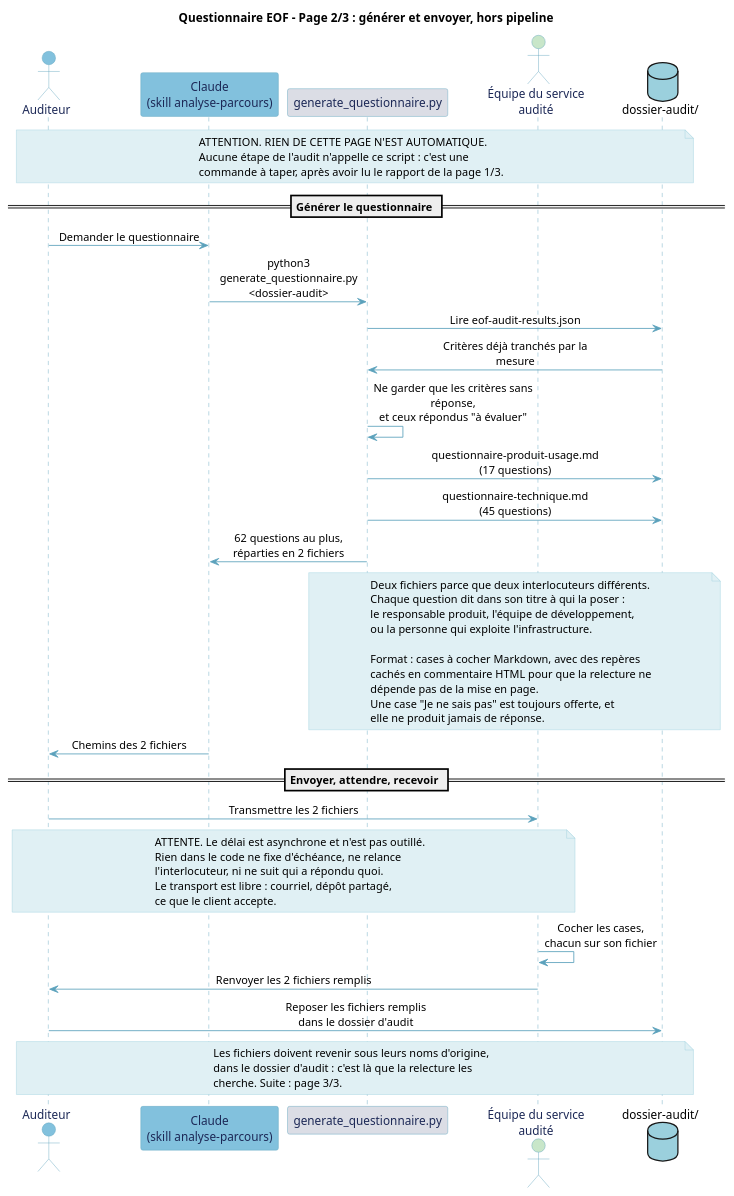
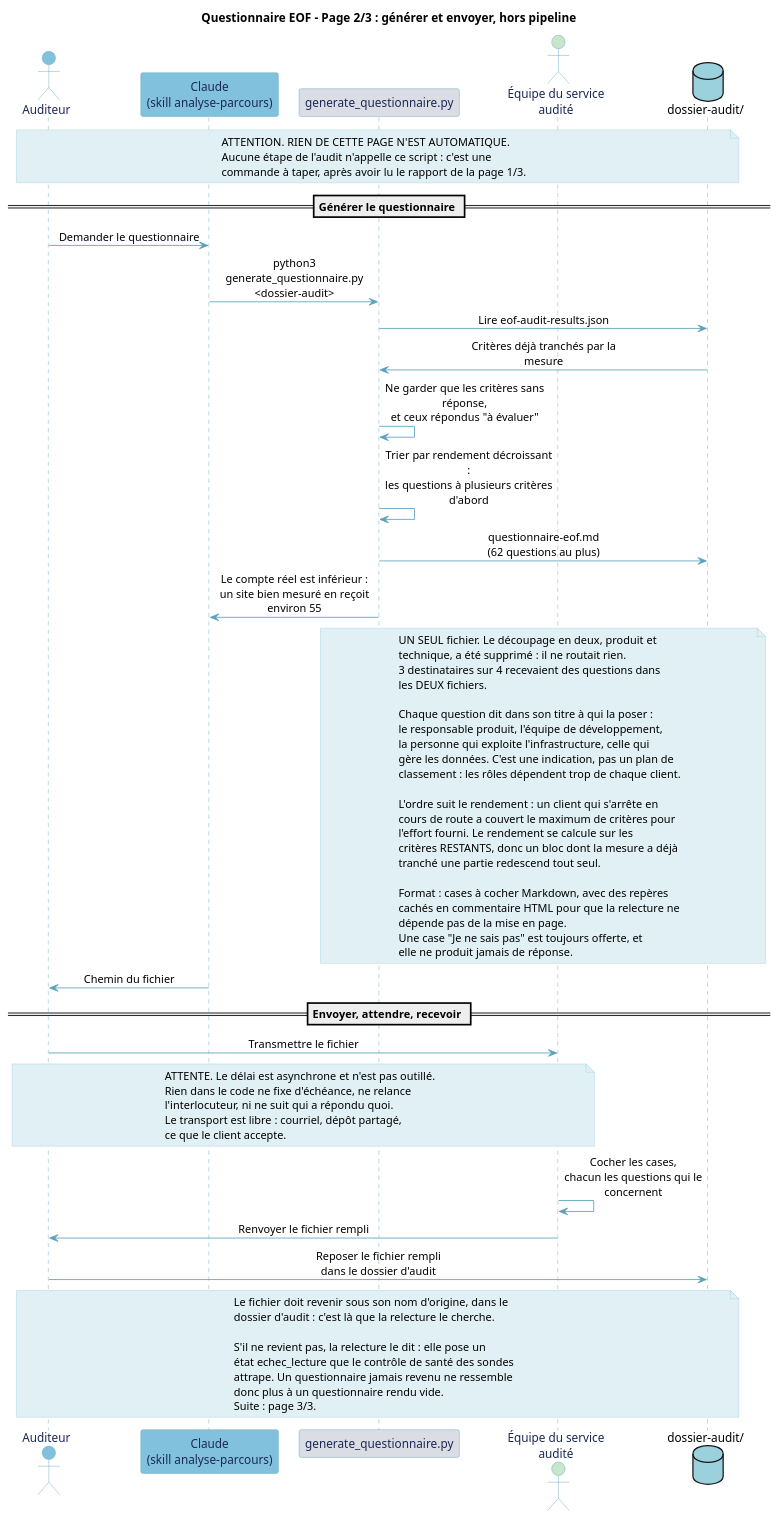
Before and after one commit to Boavizta/eroom: the diagram in documentation/diagrammes/eof-questionnaire-sequence-p2.puml, drawn with PlantUML. The commit also changed 4 other files, not shown here.

First line of the commit message:
docs(diagrammes): le circuit dessine ne parle plus de deux fichiers

```diff
--- a/documentation/diagrammes/eof-questionnaire-sequence-p2.puml
+++ b/documentation/diagrammes/eof-questionnaire-sequence-p2.puml
@@ -1,85 +1,102 @@
 @startuml eof-questionnaire-sequence-p2
 title Questionnaire EOF - Page 2/3 : générer et envoyer, hors pipeline
 
 skinparam backgroundColor #FFFFFF
 skinparam participant {
   BackgroundColor #E0F0F4
   BorderColor #5BA1BC
   FontColor #1C2856
 }
 skinparam actor {
   BackgroundColor #E0F0F4
   BorderColor #5BA1BC
   FontColor #1C2856
 }
 skinparam ArrowColor #5BA1BC
 skinparam SequenceLifeLineBorderColor #5BA1BC
 skinparam SequenceGroupBodyBackgroundColor #ECECF2
 skinparam SequenceGroupBorderColor #5BA1BC
 skinparam NoteBackgroundColor #E0F0F4
 skinparam NoteBorderColor #9BD0DD
 skinparam sequenceMessageAlign center
 skinparam maxMessageSize 200
 skinparam responseMessageBelowArrow true
 
 actor "Auditeur" as U #82C1DD
 participant "Claude\n(skill analyse-parcours)" as C #82C1DD
 participant "generate_questionnaire.py" as GQ #DBDDE5
 actor "Équipe du service\naudité" as I #C8E6C9
 database "dossier-audit/" as FS #9BD0DD
 
 note over U, FS
   ATTENTION. RIEN DE CETTE PAGE N'EST AUTOMATIQUE.
   Aucune étape de l'audit n'appelle ce script : c'est une
   commande à taper, après avoir lu le rapport de la page 1/3.
 end note
 
 == Générer le questionnaire ==
 
 U -> C : Demander le questionnaire
 C -> GQ : python3 generate_questionnaire.py <dossier-audit>
 GQ -> FS : Lire eof-audit-results.json
 FS -> GQ : Critères déjà tranchés par la mesure
 GQ -> GQ : Ne garder que les critères sans réponse,\net ceux répondus "à évaluer"
-GQ -> FS : questionnaire-produit-usage.md\n(17 questions)
-GQ -> FS : questionnaire-technique.md\n(45 questions)
-GQ -> C : 62 questions au plus,\nréparties en 2 fichiers
+GQ -> GQ : Trier par rendement décroissant :\nles questions à plusieurs critères d'abord
+GQ -> FS : questionnaire-eof.md\n(62 questions au plus)
+GQ -> C : Le compte réel est inférieur :\nun site bien mesuré en reçoit environ 55
 
 note over GQ, FS
-  Deux fichiers parce que deux interlocuteurs différents.
+  UN SEUL fichier. Le découpage en deux, produit et
+  technique, a été supprimé : il ne routait rien.
+  3 destinataires sur 4 recevaient des questions dans
+  les DEUX fichiers.
+
   Chaque question dit dans son titre à qui la poser :
   le responsable produit, l'équipe de développement,
-  ou la personne qui exploite l'infrastructure.
+  la personne qui exploite l'infrastructure, celle qui
+  gère les données. C'est une indication, pas un plan de
+  classement : les rôles dépendent trop de chaque client.
+
+  L'ordre suit le rendement : un client qui s'arrête en
+  cours de route a couvert le maximum de critères pour
+  l'effort fourni. Le rendement se calcule sur les
+  critères RESTANTS, donc un bloc dont la mesure a déjà
+  tranché une partie redescend tout seul.
 
   Format : cases à cocher Markdown, avec des repères
   cachés en commentaire HTML pour que la relecture ne
   dépende pas de la mise en page.
   Une case "Je ne sais pas" est toujours offerte, et
   elle ne produit jamais de réponse.
 end note
 
-C -> U : Chemins des 2 fichiers
+C -> U : Chemin du fichier
 
 == Envoyer, attendre, recevoir ==
 
-U -> I : Transmettre les 2 fichiers
+U -> I : Transmettre le fichier
 
 note over U, I
   ATTENTE. Le délai est asynchrone et n'est pas outillé.
   Rien dans le code ne fixe d'échéance, ne relance
   l'interlocuteur, ni ne suit qui a répondu quoi.
   Le transport est libre : courriel, dépôt partagé,
   ce que le client accepte.
 end note
 
-I -> I : Cocher les cases,\nchacun sur son fichier
-I -> U : Renvoyer les 2 fichiers remplis
-U -> FS : Reposer les fichiers remplis\ndans le dossier d'audit
+I -> I : Cocher les cases,\nchacun les questions qui le concernent
+I -> U : Renvoyer le fichier rempli
+U -> FS : Reposer le fichier rempli\ndans le dossier d'audit
 
 note over U, FS
-  Les fichiers doivent revenir sous leurs noms d'origine,
-  dans le dossier d'audit : c'est là que la relecture les
-  cherche. Suite : page 3/3.
+  Le fichier doit revenir sous son nom d'origine, dans le
+  dossier d'audit : c'est là que la relecture le cherche.
+
+  S'il ne revient pas, la relecture le dit : elle pose un
+  état echec_lecture que le contrôle de santé des sondes
+  attrape. Un questionnaire jamais revenu ne ressemble
+  donc plus à un questionnaire rendu vide.
+  Suite : page 3/3.
 end note
 
 @enduml
```
